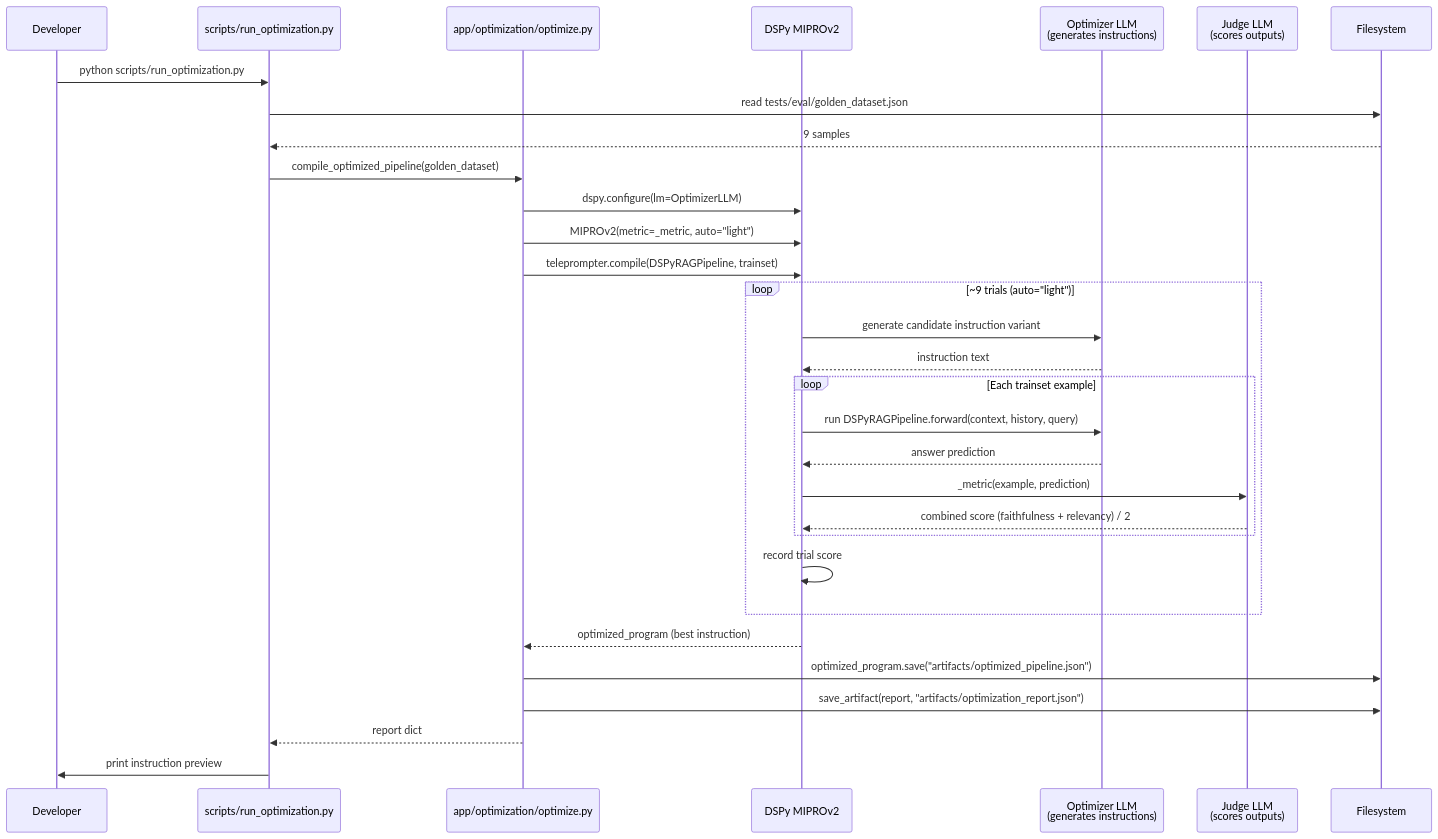
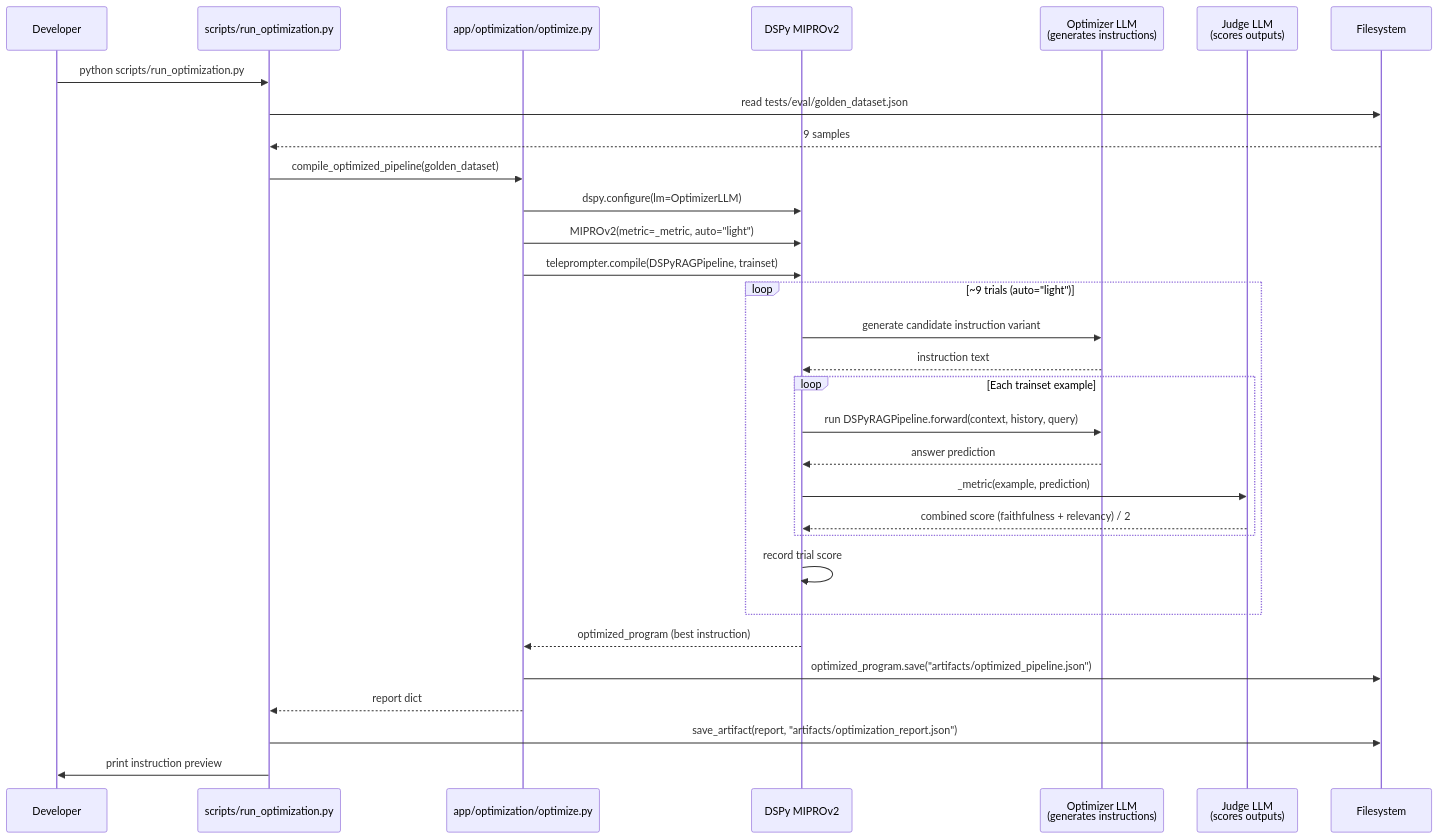
Before and after one commit to yanyetang/nexus-chat-api: the seventh of 8 diagrams in README.md, drawn with Mermaid.

````diff
--- a/README.md
+++ b/README.md
@@ -326,43 +326,43 @@
 ```mermaid
 sequenceDiagram
     participant Dev as Developer
     participant Script as scripts/run_optimization.py
     participant Optimize as app/optimization/optimize.py
     participant DSPy as DSPy MIPROv2
     participant OptimizerLLM as Optimizer LLM<br/>(generates instructions)
     participant Judge as Judge LLM<br/>(scores outputs)
     participant FS as Filesystem
 
     Dev->>Script: python scripts/run_optimization.py
 
     Script->>FS: read tests/eval/golden_dataset.json
     FS-->>Script: 9 samples
 
     Script->>Optimize: compile_optimized_pipeline(golden_dataset)
 
     Optimize->>DSPy: dspy.configure(lm=OptimizerLLM)
     Optimize->>DSPy: MIPROv2(metric=_metric, auto="light")
     Optimize->>DSPy: teleprompter.compile(DSPyRAGPipeline, trainset)
 
     loop ~9 trials (auto="light")
         DSPy->>OptimizerLLM: generate candidate instruction variant
         OptimizerLLM-->>DSPy: instruction text
 
         loop Each trainset example
             DSPy->>OptimizerLLM: run DSPyRAGPipeline.forward(context, history, query)
             OptimizerLLM-->>DSPy: answer prediction
             DSPy->>Judge: _metric(example, prediction)
             Judge-->>DSPy: combined score (faithfulness + relevancy) / 2
         end
 
         DSPy->>DSPy: record trial score
     end
 
     DSPy-->>Optimize: optimized_program (best instruction)
 
     Optimize->>FS: optimized_program.save("artifacts/optimized_pipeline.json")
-    Optimize->>FS: save_artifact(report, "artifacts/optimization_report.json")
     Optimize-->>Script: report dict
+    Script->>FS: save_artifact(report, "artifacts/optimization_report.json")
 
     Script->>Dev: print instruction preview
 ```
````
